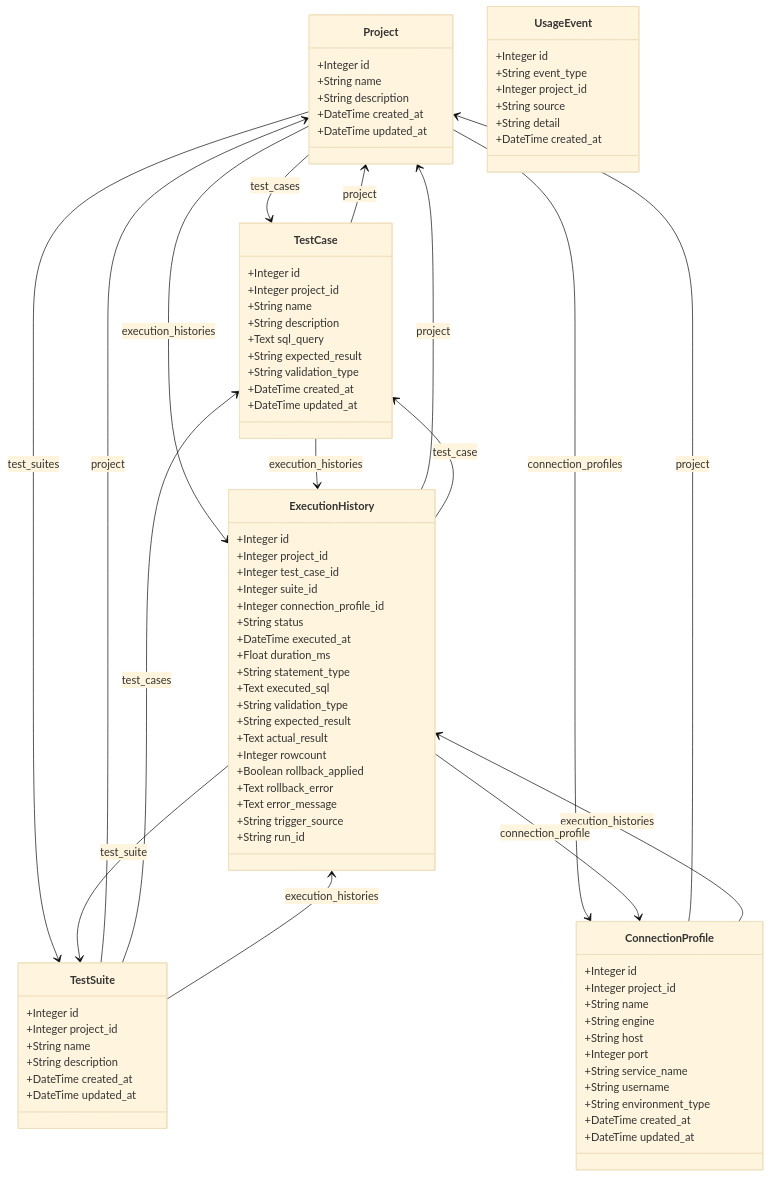
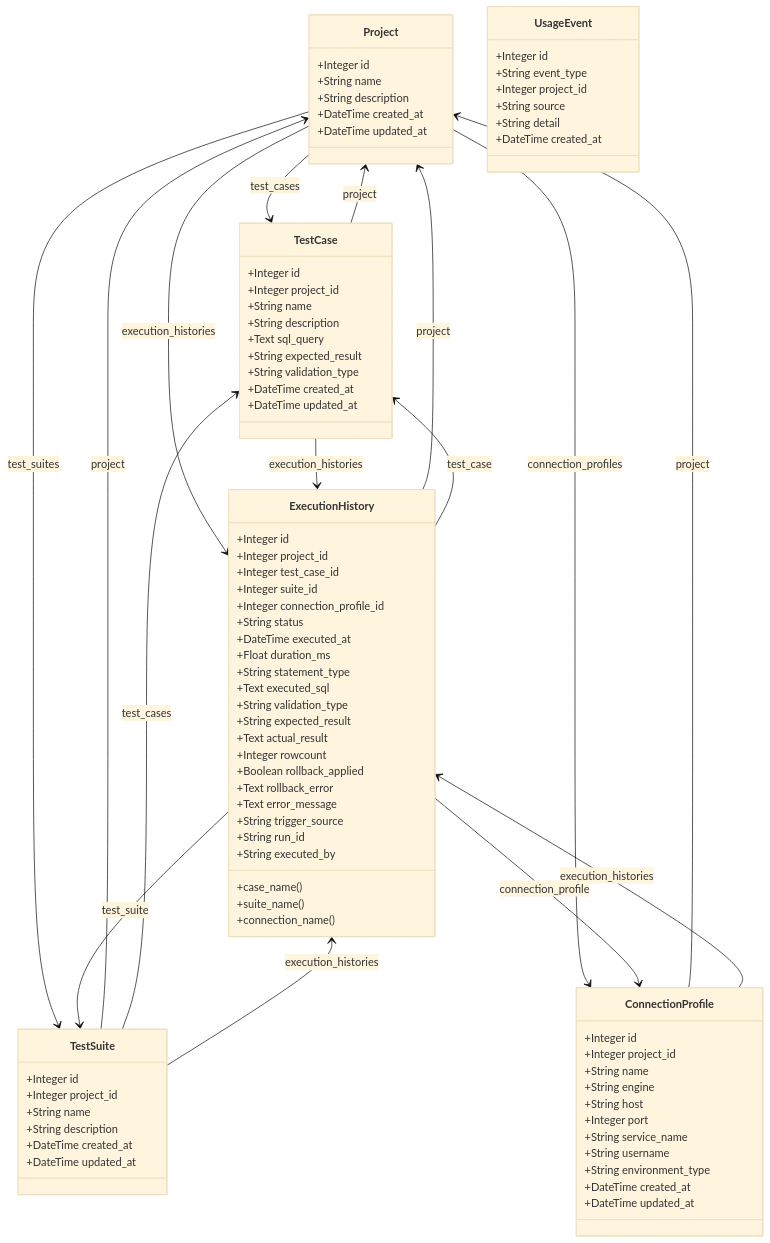
The diagram in framework-pruebas-sql/docs/diagramas/clases_modelos.mermaid (Ssjkvinf/si783-grupo4-docs), drawn with Mermaid (base theme) before and after one commit. The commit also changed 98 other files, not shown here.

```diff
--- a/framework-pruebas-sql/docs/diagramas/clases_modelos.mermaid
+++ b/framework-pruebas-sql/docs/diagramas/clases_modelos.mermaid
@@ -1,86 +1,90 @@
 %% GENERADO por scripts/docs/gen_docs.py. No editar a mano.
 %% Clases ORM de la base interna SQLite (app/models)
 classDiagram
     class Project {
         +Integer id
         +String name
         +String description
         +DateTime created_at
         +DateTime updated_at
     }
     class ConnectionProfile {
         +Integer id
         +Integer project_id
         +String name
         +String engine
         +String host
         +Integer port
         +String service_name
         +String username
         +String environment_type
         +DateTime created_at
         +DateTime updated_at
     }
     class TestCase {
         +Integer id
         +Integer project_id
         +String name
         +String description
         +Text sql_query
         +String expected_result
         +String validation_type
         +DateTime created_at
         +DateTime updated_at
     }
     class TestSuite {
         +Integer id
         +Integer project_id
         +String name
         +String description
         +DateTime created_at
         +DateTime updated_at
     }
     class ExecutionHistory {
         +Integer id
         +Integer project_id
         +Integer test_case_id
         +Integer suite_id
         +Integer connection_profile_id
         +String status
         +DateTime executed_at
         +Float duration_ms
         +String statement_type
         +Text executed_sql
         +String validation_type
         +String expected_result
         +Text actual_result
         +Integer rowcount
         +Boolean rollback_applied
         +Text rollback_error
         +Text error_message
         +String trigger_source
         +String run_id
+        +String executed_by
+        +case_name()
+        +suite_name()
+        +connection_name()
     }
     class UsageEvent {
         +Integer id
         +String event_type
         +Integer project_id
         +String source
         +String detail
         +DateTime created_at
     }
     Project --> TestCase : test_cases
     Project --> TestSuite : test_suites
     Project --> ConnectionProfile : connection_profiles
     Project --> ExecutionHistory : execution_histories
     ConnectionProfile --> Project : project
     ConnectionProfile --> ExecutionHistory : execution_histories
     TestCase --> Project : project
     TestCase --> ExecutionHistory : execution_histories
     TestSuite --> Project : project
     TestSuite --> TestCase : test_cases
     TestSuite --> ExecutionHistory : execution_histories
     ExecutionHistory --> Project : project
     ExecutionHistory --> TestCase : test_case
     ExecutionHistory --> TestSuite : test_suite
     ExecutionHistory --> ConnectionProfile : connection_profile
```
